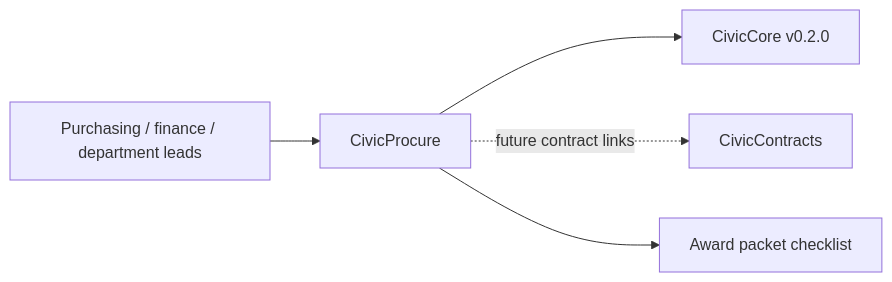
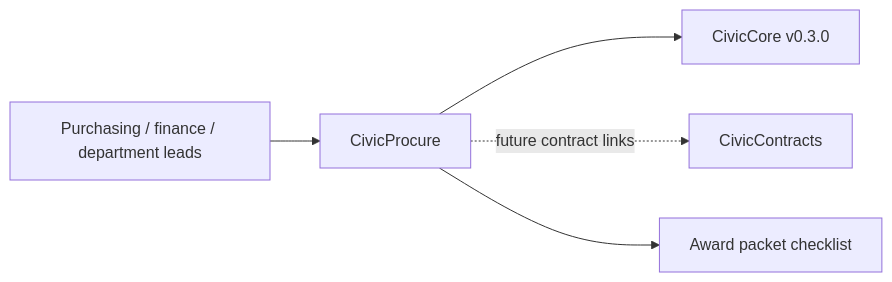
Before and after one commit to CivicSuite/civicprocure: the diagram in USER-MANUAL.md, drawn with Mermaid. The commit also changed other lines of this file and 30 other files, not shown here.

Commit message:
chore: align CivicProcure with civiccore v0.3.0 (#2)

````diff
--- a/USER-MANUAL.md
+++ b/USER-MANUAL.md
@@ -32,7 +32,7 @@
 ```mermaid
 flowchart LR
   Staff["Purchasing / finance / department leads"] --> CivicProcure["CivicProcure"]
-  CivicProcure --> CivicCore["CivicCore v0.2.0"]
+  CivicProcure --> CivicCore["CivicCore v0.3.0"]
   CivicProcure -. future contract links .-> CivicContracts["CivicContracts"]
   CivicProcure --> Export["Award packet checklist"]
 ```
````
